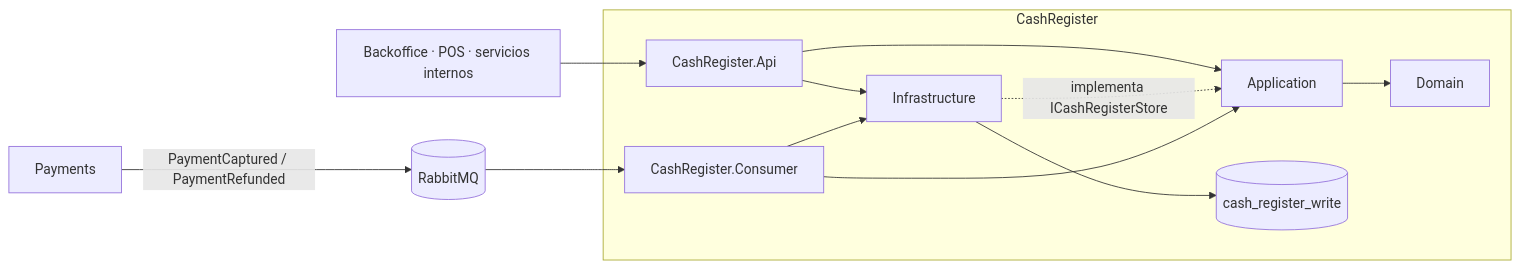
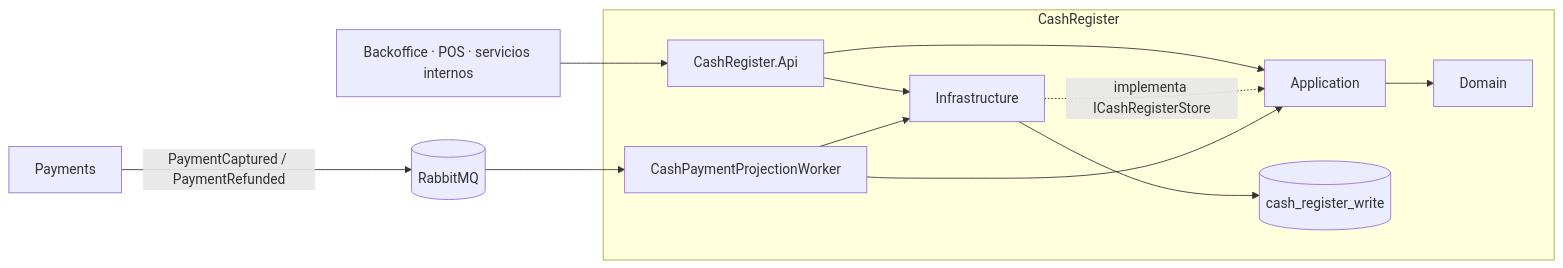
Before and after one commit to sergioocode/Restaurantes: the first of 4 diagrams in docs/CashRegister.README.md, drawn with Mermaid. The commit also changed other lines of this file and 11 other files, not shown here.

````diff
--- a/docs/CashRegister.README.md
+++ b/docs/CashRegister.README.md
@@ -54,25 +54,25 @@
 ```mermaid
 flowchart LR
     Clients["Backoffice · POS · servicios internos"]
     Payments["Payments"]
     Rabbit[("RabbitMQ")]
 
     subgraph CashRegister["CashRegister"]
         Api["CashRegister.Api"]
         App["Application"]
         Domain["Domain"]
         Infra["Infrastructure"]
-        Consumer["CashRegister.Consumer"]
+        Consumer["CashPaymentProjectionWorker"]
         Db[("cash_register_write")]
     end
 
     Clients --> Api
     Api --> App --> Domain
     Api --> Infra --> Db
     Infra -. implementa ICashRegisterStore .-> App
 
     Payments -->|PaymentCaptured / PaymentRefunded| Rabbit
     Rabbit --> Consumer
     Consumer --> App
     Consumer --> Infra
 ```
````
